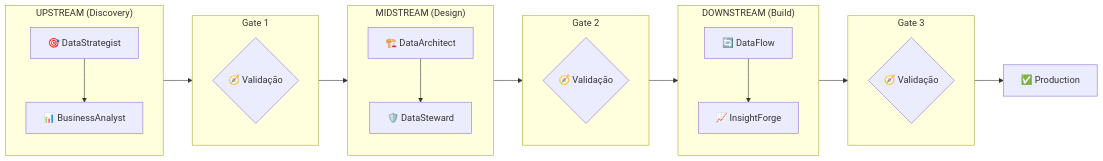
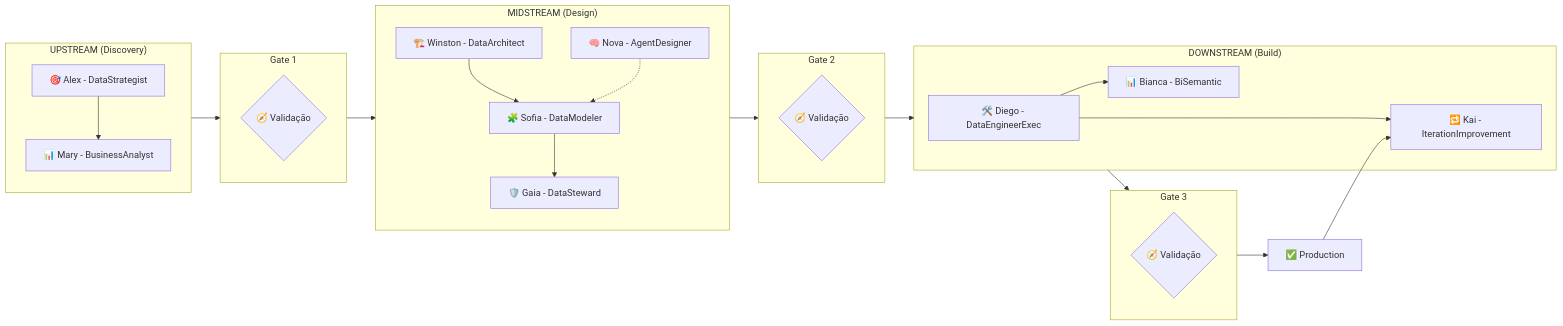
The second of 3 diagrams in Docs/GUIA-DE-USO-AGENTES.md (juliopessan/imfai-ava-fabric-data-agents), drawn with Mermaid before and after one commit. The commit also changed other lines of this file and 340 other files, not shown here.

````diff
--- a/Docs/GUIA-DE-USO-AGENTES.md
+++ b/Docs/GUIA-DE-USO-AGENTES.md
@@ -99,28 +208,32 @@
 ```mermaid
 flowchart LR
     subgraph UPSTREAM["UPSTREAM (Discovery)"]
-        DS[🎯 DataStrategist] --> BA[📊 BusinessAnalyst]
+        DS[🎯 Alex - DataStrategist] --> BA[📊 Mary - BusinessAnalyst]
     end
     
     subgraph GATE1["Gate 1"]
         G1{🧭 Validação}
     end
     
     subgraph MIDSTREAM["MIDSTREAM (Design)"]
-        DA[🏗️ DataArchitect] --> DST[🛡️ DataSteward]
+        DA[🏗️ Winston - DataArchitect] --> DM[🧩 Sofia - DataModeler]
+        DM --> DST[🛡️ Gaia - DataSteward]
+        AD[🧠 Nova - AgentDesigner] -.-> DM
     end
     
     subgraph GATE2["Gate 2"]
         G2{🧭 Validação}
     end
     
     subgraph DOWNSTREAM["DOWNSTREAM (Build)"]
-        DF[🔄 DataFlow] --> IF[📈 InsightForge]
+        DF[🛠️ Diego - DataEngineerExec] --> IF[📊 Bianca - BiSemantic]
+        DF --> KI[🔁 Kai - IterationImprovement]
     end
     
     subgraph GATE3["Gate 3"]
         G3{🧭 Validação}
     end
     
     UPSTREAM --> GATE1 --> MIDSTREAM --> GATE2 --> DOWNSTREAM --> GATE3 --> PROD[✅ Production]
+    PROD --> KI
 ```
````
